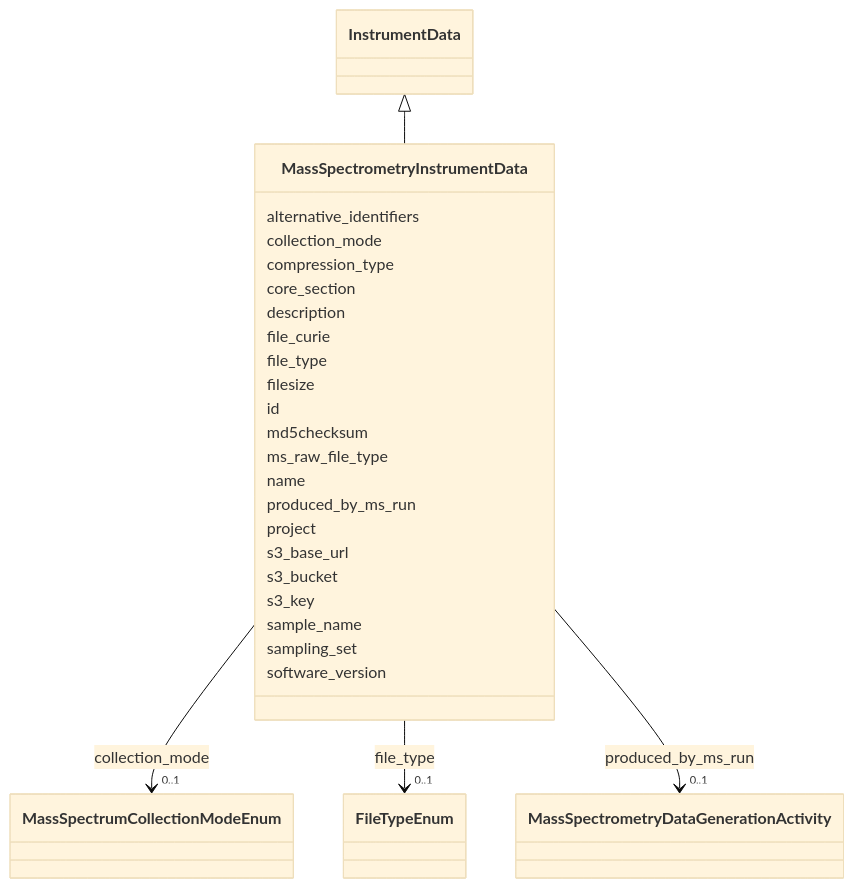
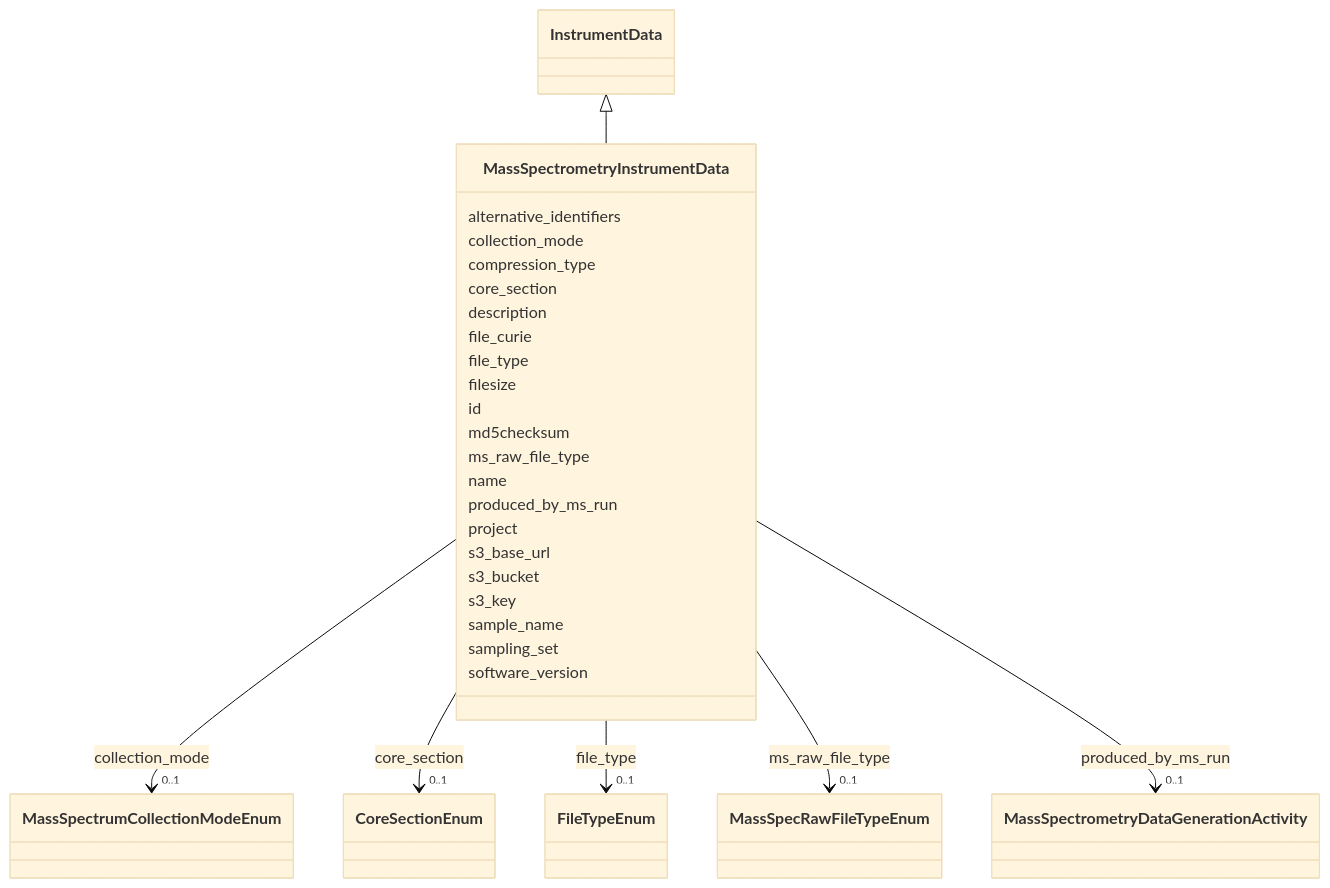
Before and after one commit to EMSL-Computing/BASALT-Schema: the diagram in docs/elements/MassSpectrometryInstrumentData.md, drawn with Mermaid (base theme). The commit also changed other lines of this file and 388 other files, not shown here.

```diff
--- a/docs/elements/MassSpectrometryInstrumentData.md
+++ b/docs/elements/MassSpectrometryInstrumentData.md
@@ -40,6 +40,16 @@
       MassSpectrometryInstrumentData : compression_type
         
       MassSpectrometryInstrumentData : core_section
+        
+          
+    
+    
+    
+    
+    MassSpectrometryInstrumentData --> "0..1" CoreSectionEnum : core_section
+    click CoreSectionEnum href "../CoreSectionEnum"
+    
+
         
       MassSpectrometryInstrumentData : description
         
@@ -73,6 +83,11 @@
           
     
     
+    
+    
+    MassSpectrometryInstrumentData --> "0..1" MassSpecRawFileTypeEnum : ms_raw_file_type
+    click MassSpecRawFileTypeEnum href "../MassSpecRawFileTypeEnum"
+    
 
         
       MassSpectrometryInstrumentData : name
```
